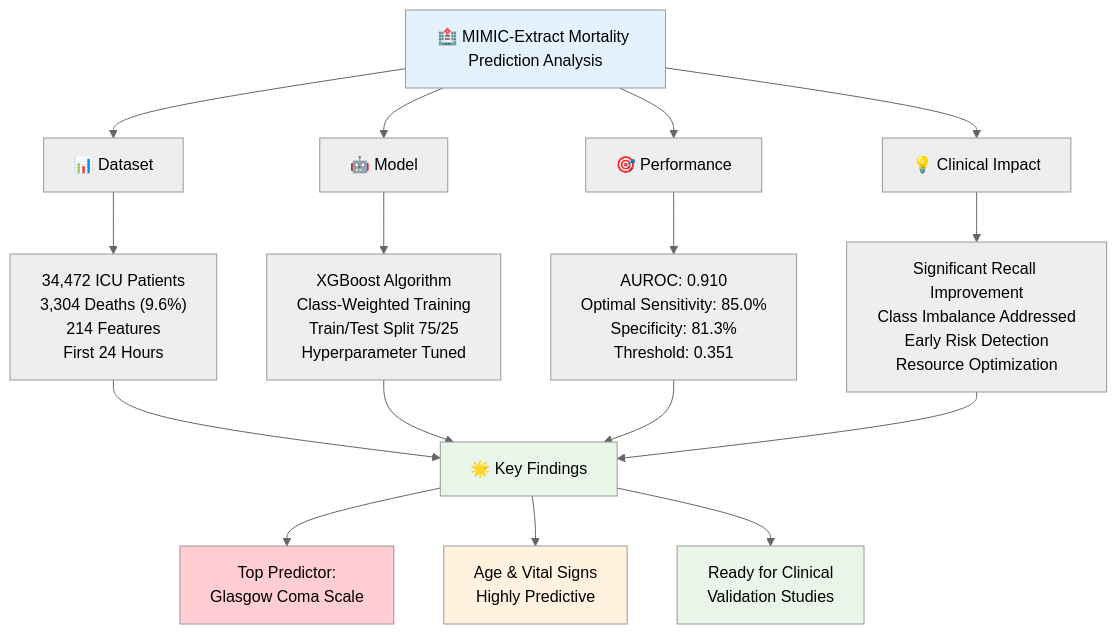
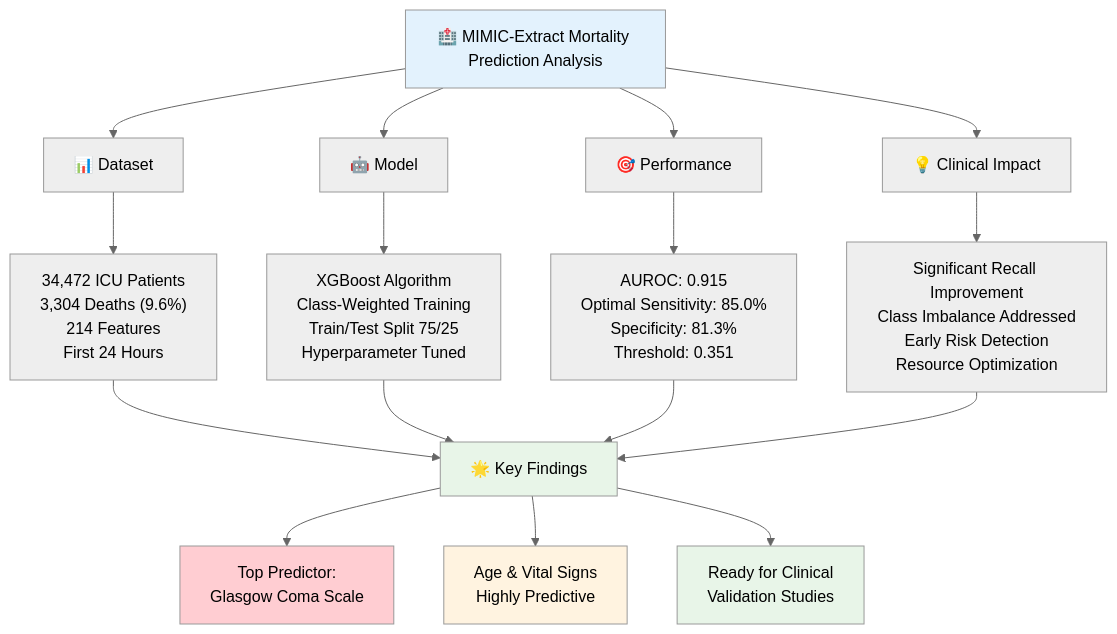
One commit to Tensor-Lab-for-Computational-Medicine/EHR-Embeddings changed the first of 3 diagrams in notebooks/reports/MIMIC_Extract_Mortality_Analysis_Report.md. Above: the diagram before and after it, drawn with Mermaid (neutral theme). The commit also changed other lines of this file, not shown here.

````diff
--- a/notebooks/reports/MIMIC_Extract_Mortality_Analysis_Report.md
+++ b/notebooks/reports/MIMIC_Extract_Mortality_Analysis_Report.md
@@ -11,30 +11,30 @@
 ```mermaid
 graph TD
     A["🏥 MIMIC-Extract Mortality Prediction Analysis"] --> B["📊 Dataset"]
     A --> C["🤖 Model"]
     A --> D["🎯 Performance"]
     A --> E["💡 Clinical Impact"]
     
     B --> B1["34,472 ICU Patients<br/>3,304 Deaths (9.6%)<br/>214 Features<br/>First 24 Hours"]
     
     C --> C1["XGBoost Algorithm<br/>Class-Weighted Training<br/>Train/Test Split 75/25<br/>Hyperparameter Tuned"]
     
-    D --> D1["AUROC: 0.910<br/>Optimal Sensitivity: 85.0%<br/>Specificity: 81.3%<br/>Threshold: 0.351"]
+    D --> D1["AUROC: 0.915<br/>Optimal Sensitivity: 85.0%<br/>Specificity: 81.3%<br/>Threshold: 0.351"]
     
     E --> E1["Significant Recall Improvement<br/>Class Imbalance Addressed<br/>Early Risk Detection<br/>Resource Optimization"]
     
     B1 --> F["🌟 Key Findings"]
     C1 --> F
     D1 --> F
     E1 --> F
     
     F --> F1["Top Predictor:<br/>Glasgow Coma Scale"]
     F --> F2["Age & Vital Signs<br/>Highly Predictive"]
     F --> F3["Ready for Clinical<br/>Validation Studies"]
     
     style A fill:#e3f2fd
     style F fill:#e8f5e8
     style F1 fill:#ffcdd2
     style F2 fill:#fff3e0
     style F3 fill:#e8f5e8
 ```
````
